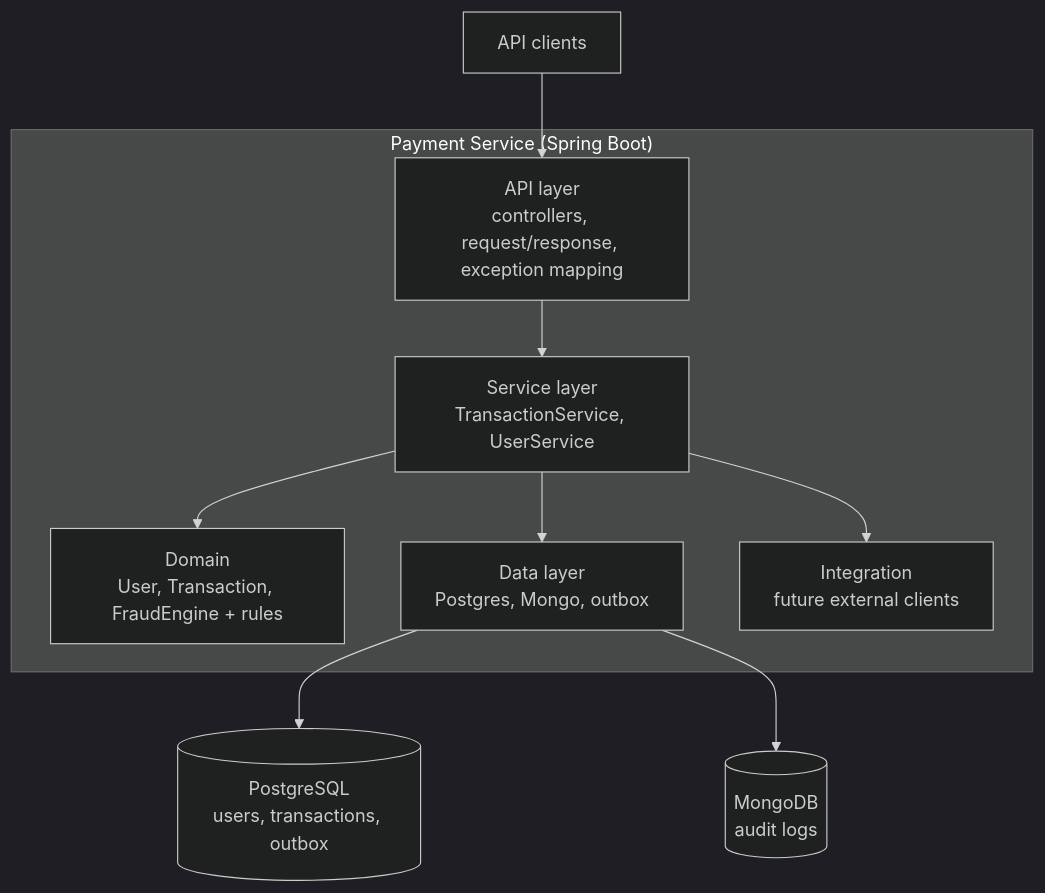
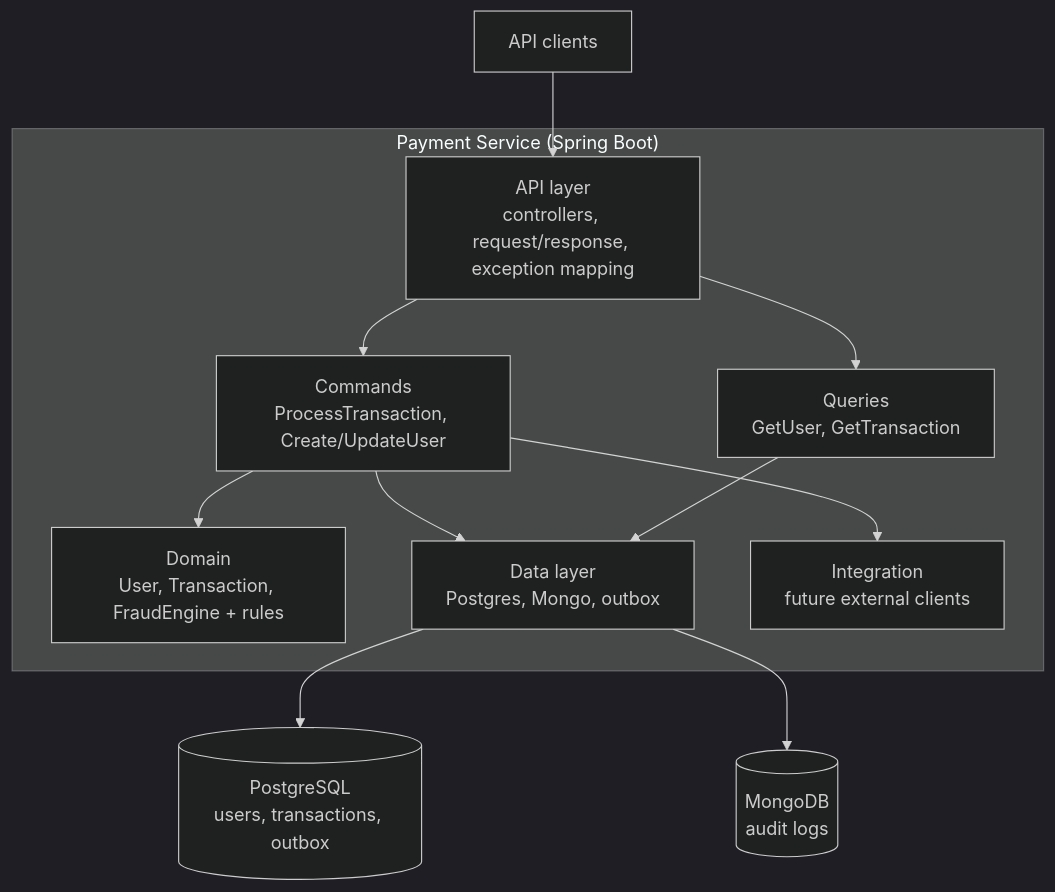
One commit to aaami1ster/payment-processing-system changed the first of 7 diagrams in docs/system-design.md. Above: the diagram before and after it, drawn with Mermaid (dark theme). The commit also changed other lines of this file and 1 other file, not shown here.

First line of the commit message:
docs: enhance system design document with detailed architecture and layered package structure

````diff
--- a/docs/system-design.md
+++ b/docs/system-design.md
@@ -71,23 +71,26 @@
 ```mermaid
 flowchart TB
     Client["API clients"]
 
     subgraph App["Payment Service (Spring Boot)"]
         API["API layer<br/>controllers, request/response, exception mapping"]
-        Svc["Service layer<br/>TransactionService, UserService"]
+        Cmd["Commands<br/>ProcessTransaction, Create/UpdateUser"]
+        Qry["Queries<br/>GetUser, GetTransaction"]
         Domain["Domain<br/>User, Transaction, FraudEngine + rules"]
         Data["Data layer<br/>Postgres, Mongo, outbox"]
         Integ["Integration<br/>future external clients"]
     end
 
     PG[("PostgreSQL<br/>users, transactions, outbox")]
     Mongo[("MongoDB<br/>audit logs")]
 
     Client --> API
-    API --> Svc
-    Svc --> Domain
-    Svc --> Data
-    Svc --> Integ
+    API --> Cmd
+    API --> Qry
+    Cmd --> Domain
+    Cmd --> Data
+    Cmd --> Integ
+    Qry --> Data
     Data --> PG
     Data --> Mongo
 ```
````
